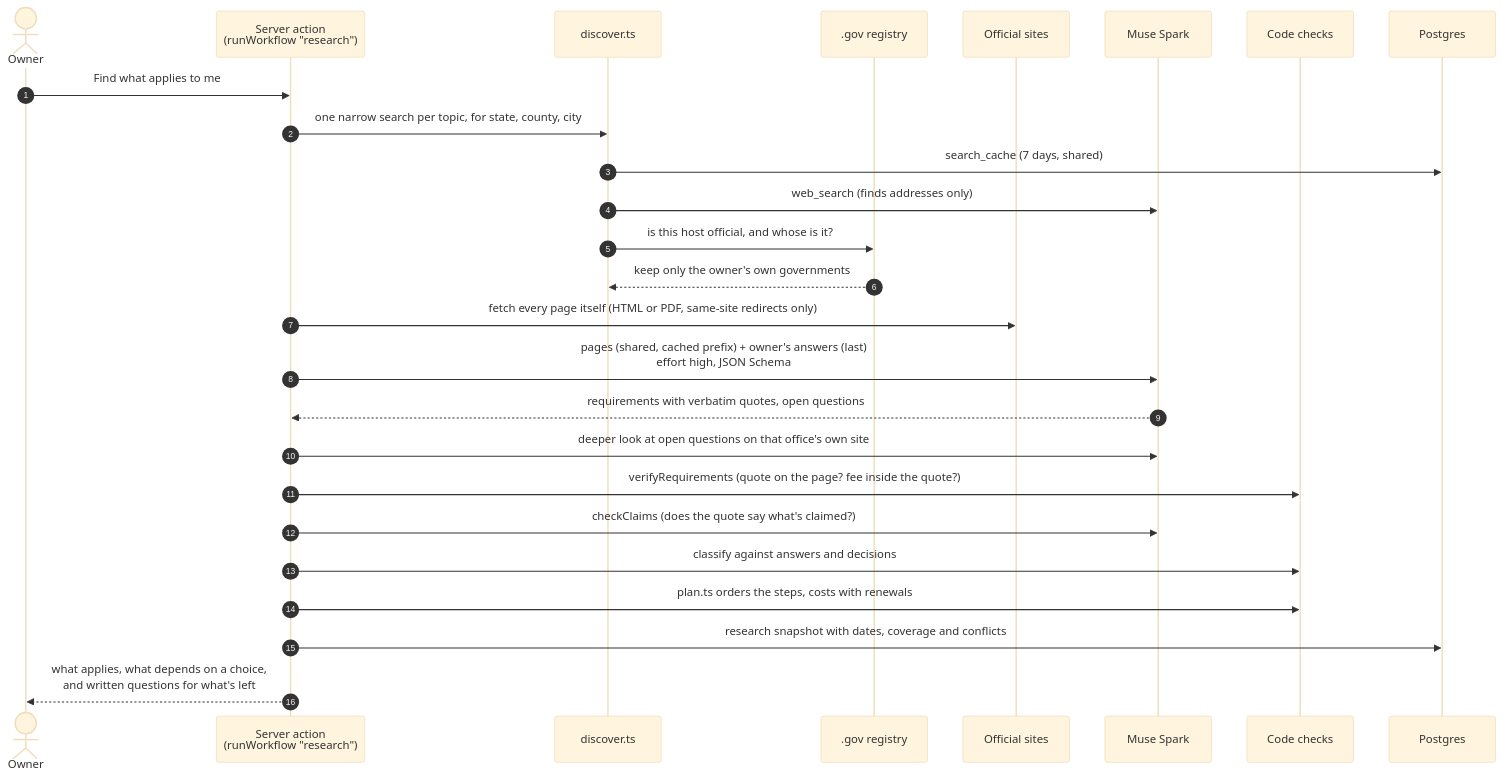
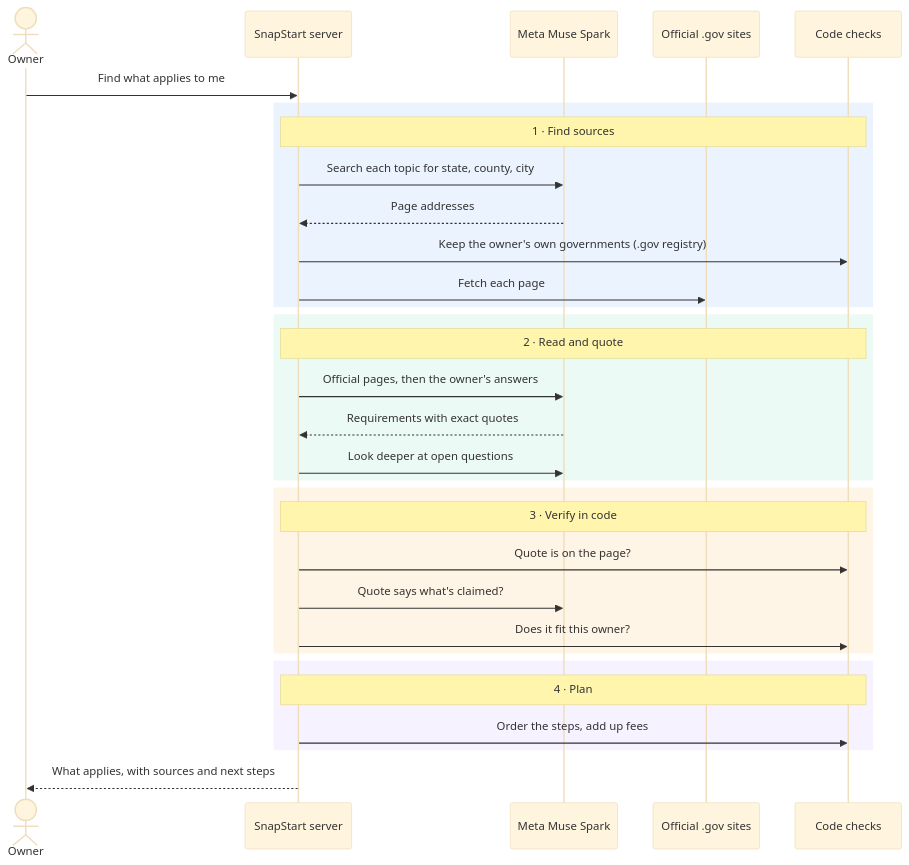
One commit to apullenb/first-sale changed the third of 3 diagrams in README.md. Above: the diagram before and after it, drawn with Mermaid (base theme). The commit also changed other lines of this file and 2 other files, not shown here.

Commit message:
README: Meta Muse focus, warmer tone, Coming soon, clearer research diagram, new edit example

````diff
--- a/README.md
+++ b/README.md
@@ -380,29 +364,39 @@
 ```mermaid
 sequenceDiagram
-  autonumber
   actor Owner
-  participant App as Server action<br/>(runWorkflow "research")
-  participant Disc as discover.ts
-  participant Reg as .gov registry
-  participant Gov as Official sites
-  participant Muse as Muse Spark
+  participant App as SnapStart server
+  participant Spark as Meta Muse Spark
+  participant Gov as Official .gov sites
   participant Code as Code checks
-  participant DB as Postgres
 
   Owner->>App: Find what applies to me
-  App->>Disc: one narrow search per topic, for state, county, city
-  Disc->>DB: search_cache (7 days, shared)
-  Disc->>Muse: web_search (finds addresses only)
-  Disc->>Reg: is this host official, and whose is it?
-  Reg-->>Disc: keep only the owner's own governments
-  App->>Gov: fetch every page itself (HTML or PDF, same-site redirects only)
-  App->>Muse: pages (shared, cached prefix) + owner's answers (last)<br/>effort high, JSON Schema
-  Muse-->>App: requirements with verbatim quotes, open questions
-  App->>Muse: deeper look at open questions on that office's own site
-  App->>Code: verifyRequirements (quote on the page? fee inside the quote?)
-  App->>Muse: checkClaims (does the quote say what's claimed?)
-  App->>Code: classify against answers and decisions
-  App->>Code: plan.ts orders the steps, costs with renewals
-  App->>DB: research snapshot with dates, coverage and conflicts
-  App-->>Owner: what applies, what depends on a choice,<br/>and written questions for what's left
+
+  rect rgba(8, 102, 255, 0.08)
+    Note over App,Code: 1 · Find sources
+    App->>Spark: Search each topic for state, county, city
+    Spark-->>App: Page addresses
+    App->>Code: Keep the owner's own governments (.gov registry)
+    App->>Gov: Fetch each page
+  end
+
+  rect rgba(16, 185, 129, 0.08)
+    Note over App,Code: 2 · Read and quote
+    App->>Spark: Official pages, then the owner's answers
+    Spark-->>App: Requirements with exact quotes
+    App->>Spark: Look deeper at open questions
+  end
+
+  rect rgba(245, 158, 11, 0.10)
+    Note over App,Code: 3 · Verify in code
+    App->>Code: Quote is on the page?
+    App->>Spark: Quote says what's claimed?
+    App->>Code: Does it fit this owner?
+  end
+
+  rect rgba(139, 92, 246, 0.08)
+    Note over App,Code: 4 · Plan
+    App->>Code: Order the steps, add up fees
+  end
+
+  App-->>Owner: What applies, with sources and next steps
 ```
````
